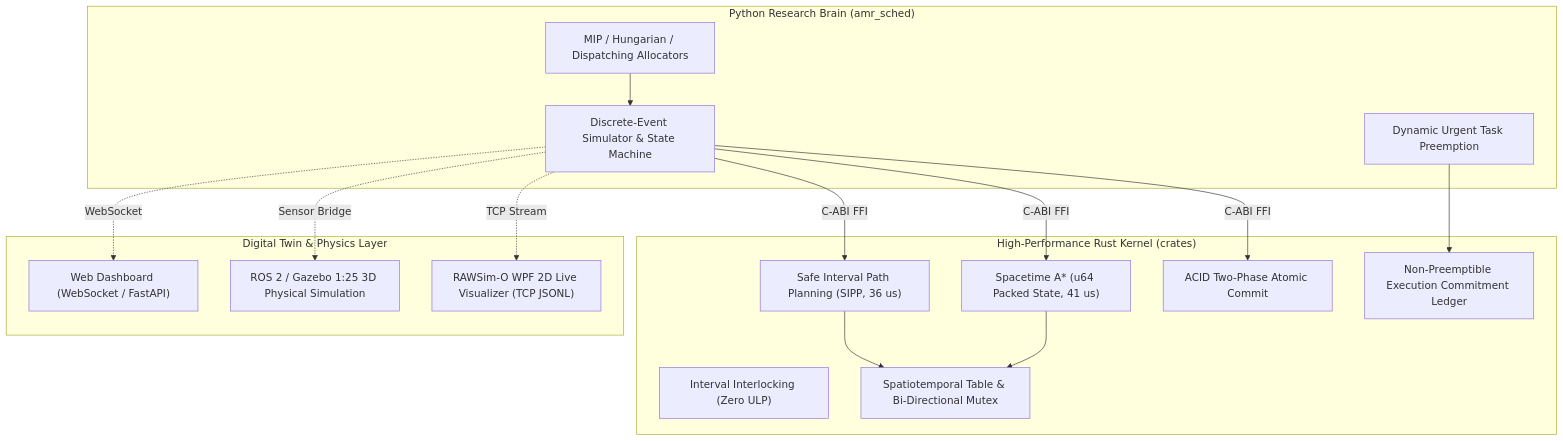
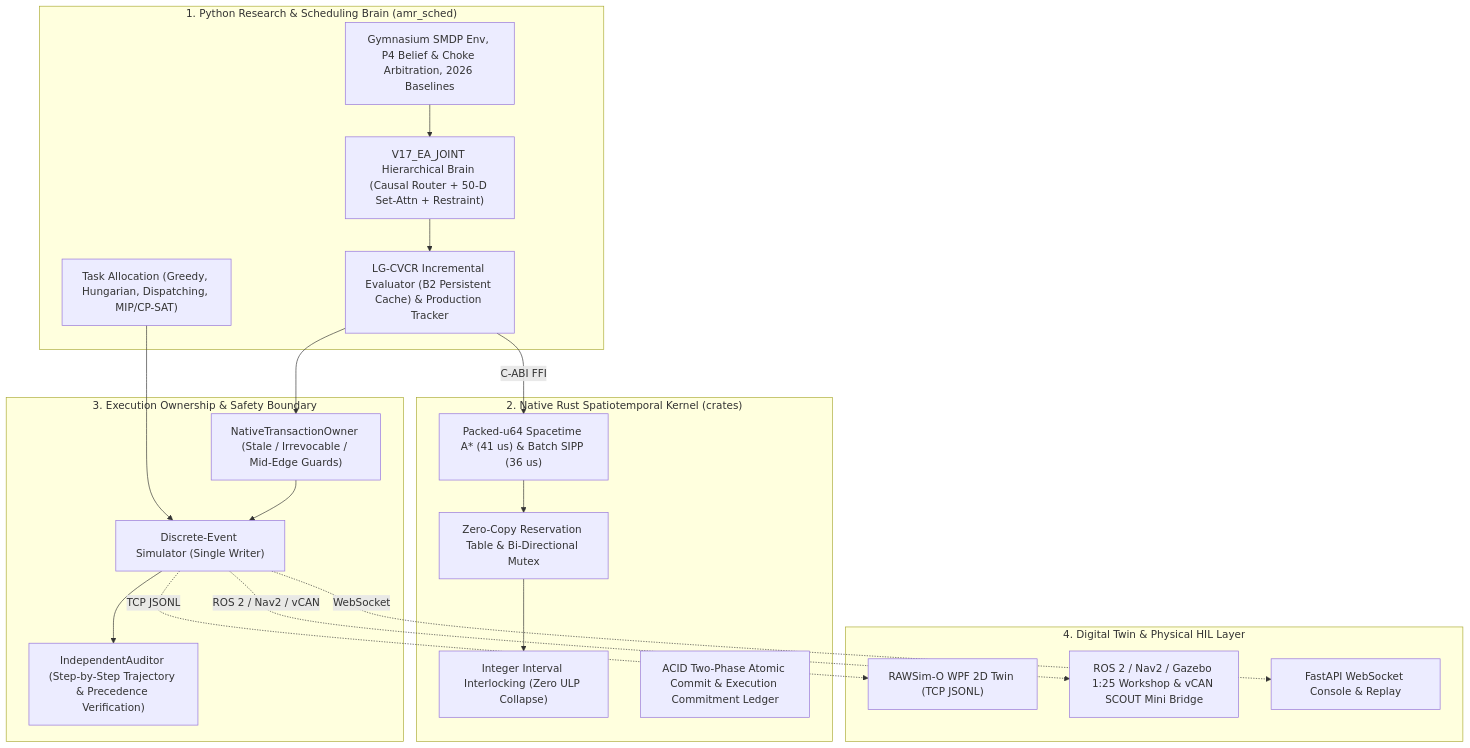
Before and after one commit to AmaneSuzuha000/AMR-Scheduler: the diagram in README.md, drawn with Mermaid. The commit also changed other lines of this file and 12 other files, not shown here.

Commit message:
docs,chore(release): prepare v0.3.0 documentation, architecture spec, and repo hygiene

````diff
--- a/README.md
+++ b/README.md
@@ -28,34 +28,41 @@
 ```mermaid
 flowchart TD
-    subgraph Decision_Brain["Python Research Brain (amr_sched)"]
-        Alloc["MIP / Hungarian / Dispatching Allocators"]
-        SimEngine["Discrete-Event Simulator & State Machine"]
-        RescheduleModule["Dynamic Urgent Task Preemption"]
+    subgraph Brain["1. Python Research & Scheduling Brain (amr_sched)"]
+        V17["V17_EA_JOINT Hierarchical Brain (Causal Router + 50-D Set-Attn + Restraint)"]
+        CVCR["LG-CVCR Incremental Evaluator (B2 Persistent Cache) & Production Tracker"]
+        RL["Gymnasium SMDP Env, P4 Belief & Choke Arbitration, 2026 Baselines"]
+        Alloc["Task Allocation (Greedy, Hungarian, Dispatching, MIP/CP-SAT)"]
     end
 
-    subgraph Native_Kernel["High-Performance Rust Kernel (crates)"]
-        IntervalCore["Interval Interlocking (Zero ULP)"]
-        ResTable["Spatiotemporal Table & Bi-Directional Mutex"]
-        TxEngine["ACID Two-Phase Atomic Commit"]
-        CommitLedger["Non-Preemptible Execution Commitment Ledger"]
-        SpacetimeAStar["Spacetime A* (u64 Packed State, 41 us)"]
-        SIPP["Safe Interval Path Planning (SIPP, 36 us)"]
+    subgraph Kernel["2. Native Rust Spatiotemporal Kernel (crates)"]
+        IntervalCore["Integer Interval Interlocking (Zero ULP Collapse)"]
+        ResTable["Zero-Copy Reservation Table & Bi-Directional Mutex"]
+        TxEngine["ACID Two-Phase Atomic Commit & Execution Commitment Ledger"]
+        Planners["Packed-u64 Spacetime A* (41 us) & Batch SIPP (36 us)"]
     end
 
-    subgraph Presentation_Twin["Digital Twin & Physics Layer"]
-        CSharp["RAWSim-O WPF 2D Live Visualizer (TCP JSONL)"]
-        Gazebo["ROS 2 / Gazebo 1:25 3D Physical Simulation"]
-        WebConsole["Web Dashboard (WebSocket / FastAPI)"]
+    subgraph Execution["3. Execution Ownership & Safety Boundary"]
+        Sim["Discrete-Event Simulator (Single Writer)"]
+        TxOwner["NativeTransactionOwner (Stale / Irrevocable / Mid-Edge Guards)"]
+        Auditor["IndependentAuditor (Step-by-Step Trajectory & Precedence Verification)"]
     end
 
-    Alloc --> SimEngine
-    RescheduleModule --> CommitLedger
-    SimEngine -->|C-ABI FFI| TxEngine
-    SimEngine -->|C-ABI FFI| SpacetimeAStar
-    SimEngine -->|C-ABI FFI| SIPP
-    SpacetimeAStar --> ResTable
-    SIPP --> ResTable
-    SimEngine -.->|TCP Stream| CSharp
-    SimEngine -.->|Sensor Bridge| Gazebo
-    SimEngine -.->|WebSocket| WebConsole
+    subgraph Twin["4. Digital Twin & Physical HIL Layer"]
+        CSharp["RAWSim-O WPF 2D Twin (TCP JSONL)"]
+        ROS2["ROS 2 / Nav2 / Gazebo 1:25 Workshop & vCAN SCOUT Mini Bridge"]
+        WebConsole["FastAPI WebSocket Console & Replay"]
+    end
+
+    V17 --> CVCR
+    RL --> V17
+    Alloc --> Sim
+    CVCR -->|C-ABI FFI| Planners
+    Planners --> ResTable
+    ResTable --> IntervalCore
+    CVCR --> TxOwner
+    TxOwner --> Sim
+    Sim --> Auditor
+    Sim -.->|TCP JSONL| CSharp
+    Sim -.->|ROS 2 / Nav2 / vCAN| ROS2
+    Sim -.->|WebSocket| WebConsole
 ```
````
